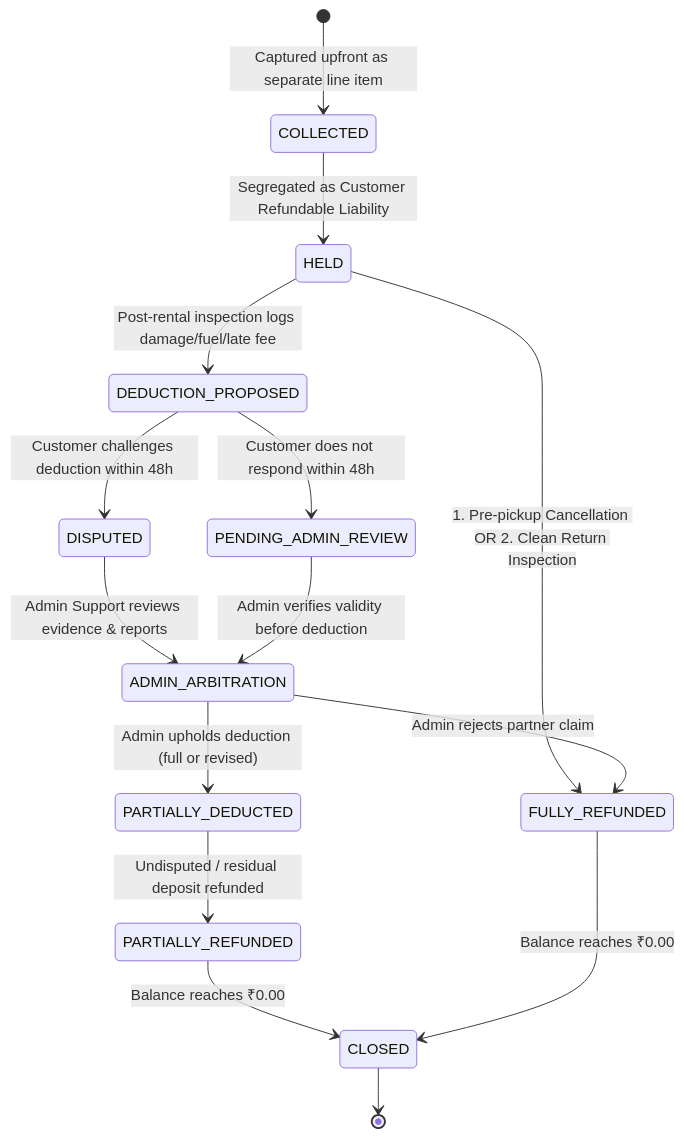
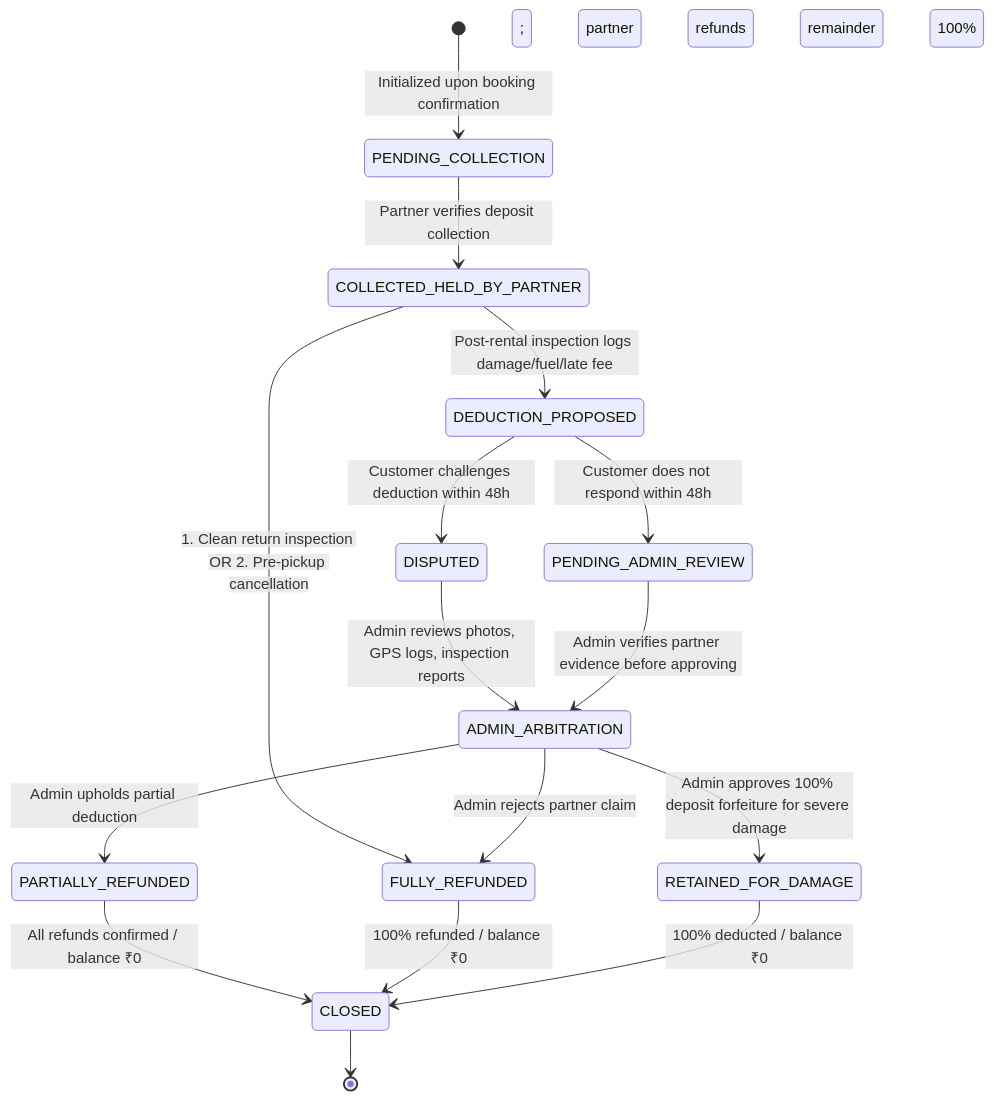
One commit to jayasai14/vehicle-rental-platform changed the fifth of 8 diagrams in docs/STATE_MACHINES.md. Above: the diagram before and after it, drawn with Mermaid. The commit also changed other lines of this file and 14 other files, not shown here.

Commit message:
docs: reconcile payment architecture to partner-direct collection model

````diff
--- a/docs/STATE_MACHINES.md
+++ b/docs/STATE_MACHINES.md
@@ -199,23 +166,24 @@
 ```mermaid
 stateDiagram-v2
-    [*] --> COLLECTED: Captured upfront as separate line item
-    COLLECTED --> HELD: Segregated as Customer Refundable Liability
+    [*] --> PENDING_COLLECTION: Initialized upon booking confirmation
+    PENDING_COLLECTION --> COLLECTED_HELD_BY_PARTNER: Partner verifies deposit collection
     
-    HELD --> FULLY_REFUNDED: 1. Pre-pickup Cancellation OR 2. Clean Return Inspection
-    HELD --> DEDUCTION_PROPOSED: Post-rental inspection logs damage/fuel/late fee
+    COLLECTED_HELD_BY_PARTNER --> FULLY_REFUNDED: 1. Clean return inspection OR 2. Pre-pickup cancellation
+    COLLECTED_HELD_BY_PARTNER --> DEDUCTION_PROPOSED: Post-rental inspection logs damage/fuel/late fee
     
     DEDUCTION_PROPOSED --> DISPUTED: Customer challenges deduction within 48h
     DEDUCTION_PROPOSED --> PENDING_ADMIN_REVIEW: Customer does not respond within 48h
     
-    DISPUTED --> ADMIN_ARBITRATION: Admin Support reviews evidence & reports
-    PENDING_ADMIN_REVIEW --> ADMIN_ARBITRATION: Admin verifies validity before deduction
+    DISPUTED --> ADMIN_ARBITRATION: Admin reviews photos, GPS logs, inspection reports
+    PENDING_ADMIN_REVIEW --> ADMIN_ARBITRATION: Admin verifies partner evidence before approving
     
-    ADMIN_ARBITRATION --> PARTIALLY_DEDUCTED: Admin upholds deduction (full or revised)
-    ADMIN_ARBITRATION --> FULLY_REFUNDED: Admin rejects partner claim
+    ADMIN_ARBITRATION --> PARTIALLY_REFUNDED: Admin upholds partial deduction; partner refunds remainder
+    ADMIN_ARBITRATION --> FULLY_REFUNDED: Admin rejects partner claim; partner refunds 100%
+    ADMIN_ARBITRATION --> RETAINED_FOR_DAMAGE: Admin approves 100% deposit forfeiture for severe damage
     
-    PARTIALLY_DEDUCTED --> PARTIALLY_REFUNDED: Undisputed / residual deposit refunded
-    PARTIALLY_REFUNDED --> CLOSED: Balance reaches ₹0.00
-    FULLY_REFUNDED --> CLOSED: Balance reaches ₹0.00
+    PARTIALLY_REFUNDED --> CLOSED: All refunds confirmed / balance ₹0
+    FULLY_REFUNDED --> CLOSED: 100% refunded / balance ₹0
+    RETAINED_FOR_DAMAGE --> CLOSED: 100% deducted / balance ₹0
     
     CLOSED --> [*]
 ```
````
